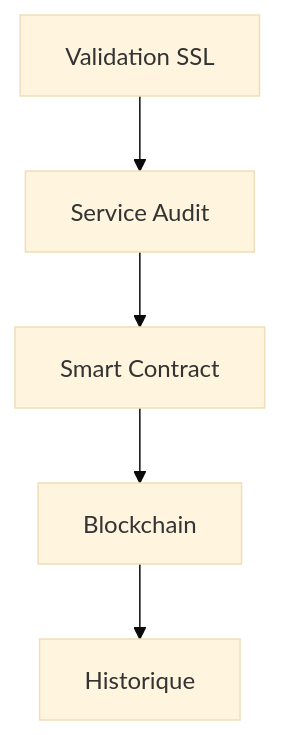
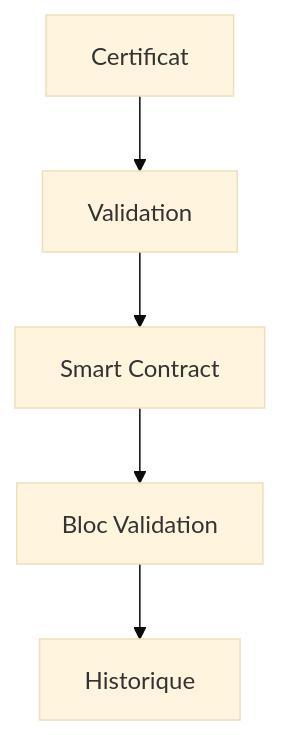
One commit to nabz0r/universal-ssl-validator changed the diagram in docs/BLOCKCHAIN.md. Above: the diagram before and after it, drawn with Mermaid (base theme). The commit also changed other lines of this file and 2 other files, not shown here.

````diff
--- a/docs/BLOCKCHAIN.md
+++ b/docs/BLOCKCHAIN.md
@@ -13,7 +12,7 @@
 ```mermaid
 graph TD
-    A[Validation SSL] --> B[Service Audit]
+    A[Certificat] --> B[Validation]
     B --> C[Smart Contract]
-    C --> D[Blockchain]
+    C --> D[Bloc Validation]
     D --> E[Historique]
 ```
````
